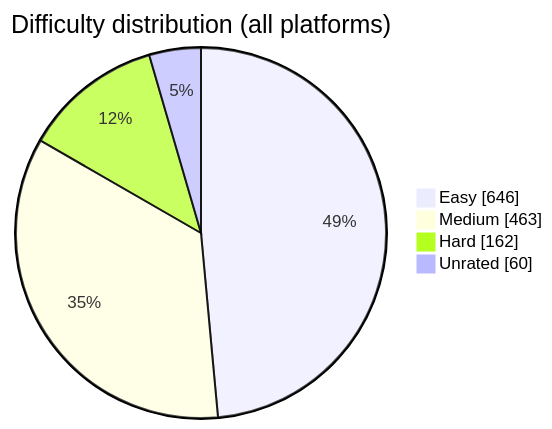
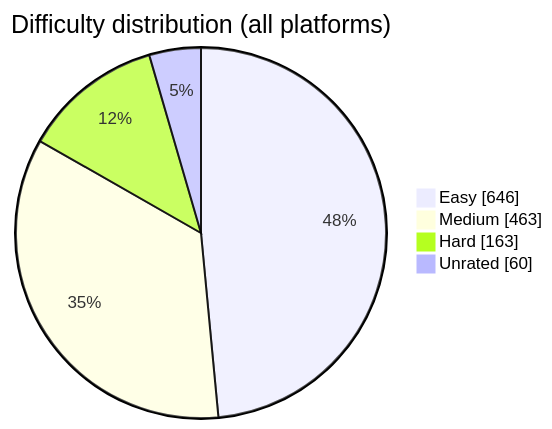
The diagram in README.md (BuildbyArindam/Daily-Coding-Log), drawn with Mermaid before and after one commit. The commit also changed other lines of this file, not shown here.

````diff
--- a/README.md
+++ b/README.md
@@ -93,7 +93,7 @@
 ```mermaid
 pie showData title Difficulty distribution (all platforms)
     "Easy" : 646
     "Medium" : 463
-    "Hard" : 162
+    "Hard" : 163
     "Unrated" : 60
 ```
````
